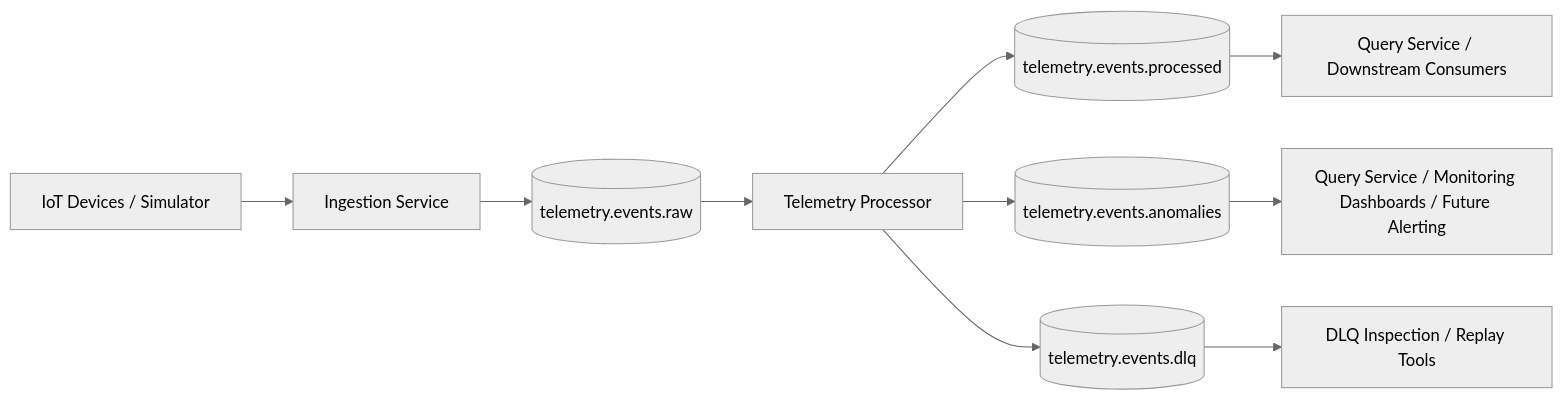
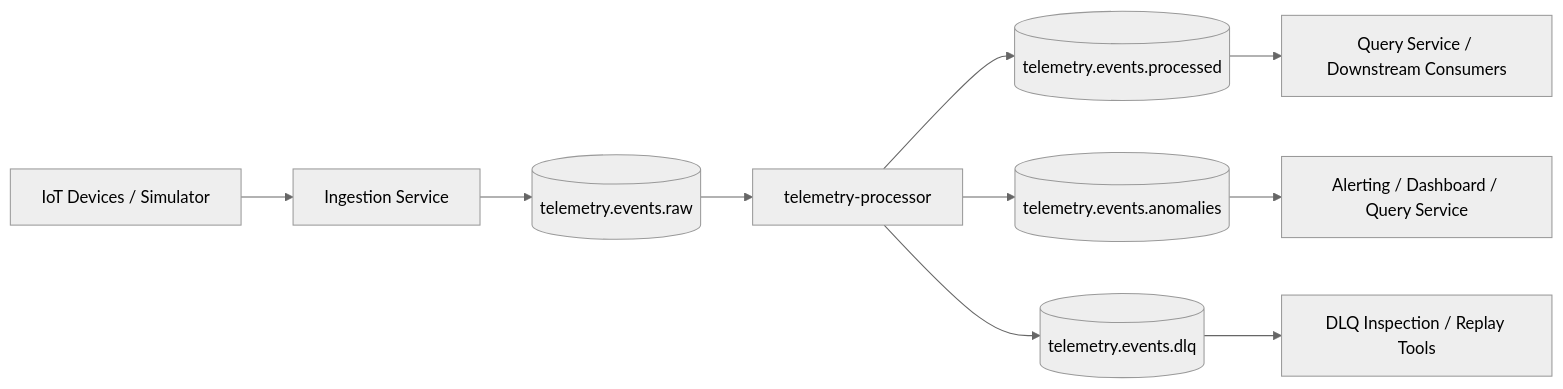
Before and after one commit to ME-Massine/pulsestream: the diagram in docs/diagrams/kafka-topology.md, drawn with Mermaid (neutral theme). The commit also changed other lines of this file and 19 other files, not shown here.

First line of the commit message:
docs: finalize architecture consistency and align repository entry points (#94)

````diff
--- a/docs/diagrams/kafka-topology.md
+++ b/docs/diagrams/kafka-topology.md
@@ -5,15 +5,15 @@
 ```mermaid
 flowchart LR
     A[IoT Devices / Simulator] --> B[Ingestion Service]
     B --> T1[(telemetry.events.raw)]
 
-    T1 --> C[Telemetry Processor]
+    T1 --> C[telemetry-processor]
 
     C --> T2[(telemetry.events.processed)]
     C --> T3[(telemetry.events.anomalies)]
     C --> T4[(telemetry.events.dlq)]
 
     T2 --> D[Query Service / Downstream Consumers]
-    T3 --> E[Query Service / Monitoring Dashboards / Future Alerting]
+    T3 --> E[Alerting / Dashboard / Query Service]
     T4 --> F[DLQ Inspection / Replay Tools]
 ```
````
